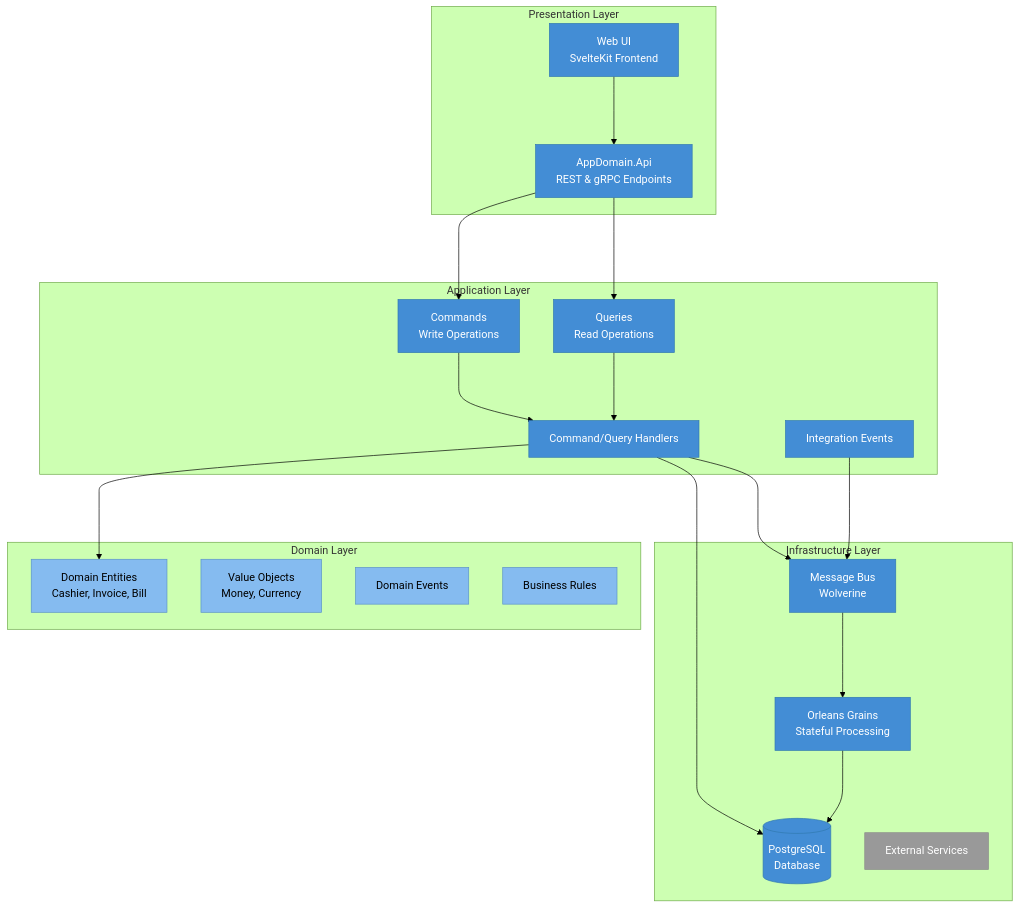
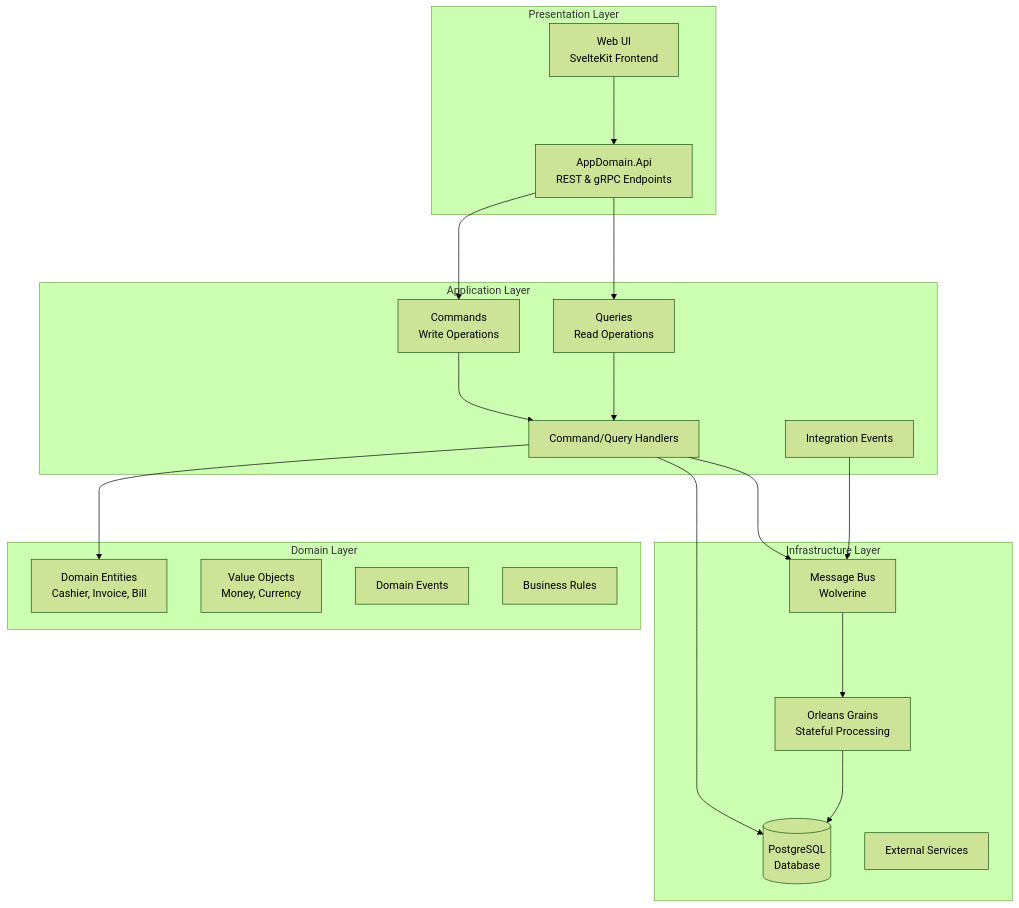
One commit to vgmello/momentum changed the diagram in docs/arch/index.md. Above: the diagram before and after it, drawn with Mermaid (forest theme). The commit also changed 4 other files, not shown here.

Commit message:
Update documentation: remove unused class definitions from diagrams and add Playwright MCP screenshots/traces to .gitignore

````diff
--- a/docs/arch/index.md
+++ b/docs/arch/index.md
@@ -7,49 +7,40 @@
 ```mermaid
 graph TB
     subgraph "Presentation Layer"
         API["AppDomain.Api<br/>REST & gRPC Endpoints"]
         WebUI["Web UI<br/>SvelteKit Frontend"]
     end
 
     subgraph "Application Layer"
         Commands["Commands<br/>Write Operations"]
         Queries["Queries<br/>Read Operations"]
         Handlers["Command/Query Handlers"]
         Events["Integration Events"]
     end
 
     subgraph "Domain Layer"
         Entities["Domain Entities<br/>Cashier, Invoice, Bill"]
         ValueObjects["Value Objects<br/>Money, Currency"]
         DomainEvents["Domain Events"]
         Rules["Business Rules"]
     end
 
     subgraph "Infrastructure Layer"
         Database[("PostgreSQL<br/>Database")]
         MessageBus["Message Bus<br/>Wolverine"]
         Orleans["Orleans Grains<br/>Stateful Processing"]
         External["External Services"]
     end
 
     API ---> Commands
     API ---> Queries
     WebUI ---> API
     Commands ---> Handlers
     Queries ---> Handlers
     Handlers ---> Entities
     Handlers ---> Database
     Handlers ---> MessageBus
     Events ---> MessageBus
     Orleans ---> Database
     MessageBus ---> Orleans
-
-    classDef container fill:#438dd5,stroke:#3079b0,color:#ffffff
-    classDef component fill:#85bbf0,stroke:#5b93c8,color:#000000
-    classDef external fill:#999999,stroke:#8a8a8a,color:#ffffff
-    classDef person fill:#08427b,stroke:#052e56,color:#ffffff
-
-    class API,WebUI,Commands,Queries,Handlers,Events,MessageBus,Orleans,Database container
-    class Entities,ValueObjects,DomainEvents,Rules component
-    class External external
 ```
````
